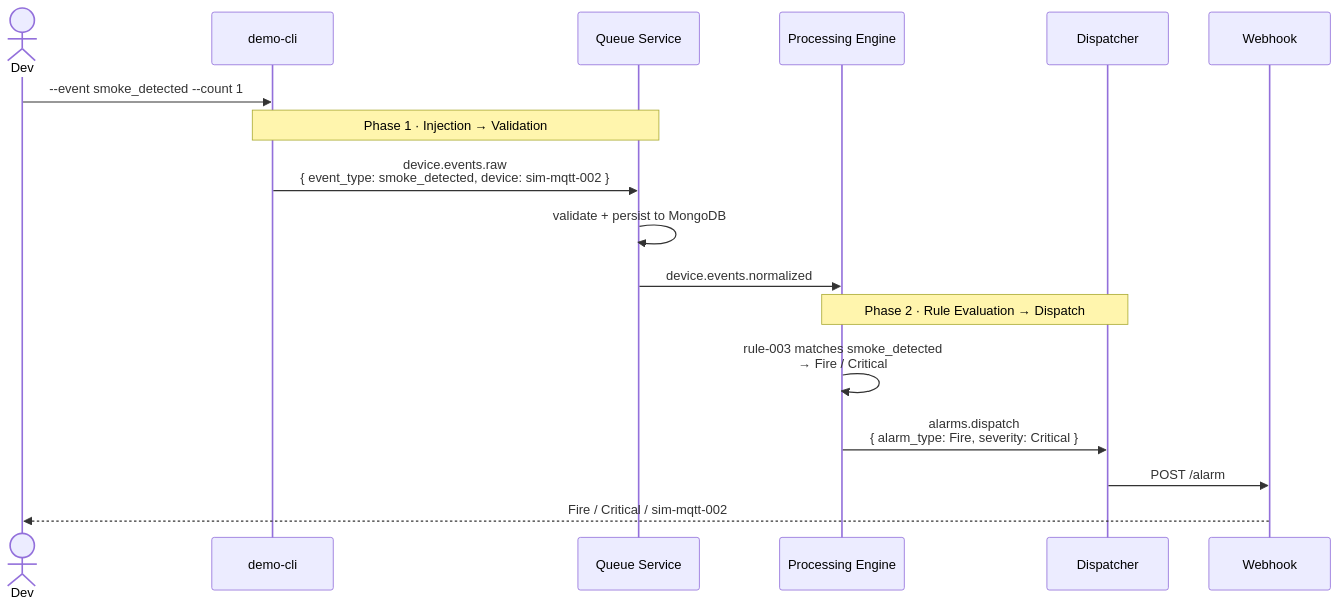
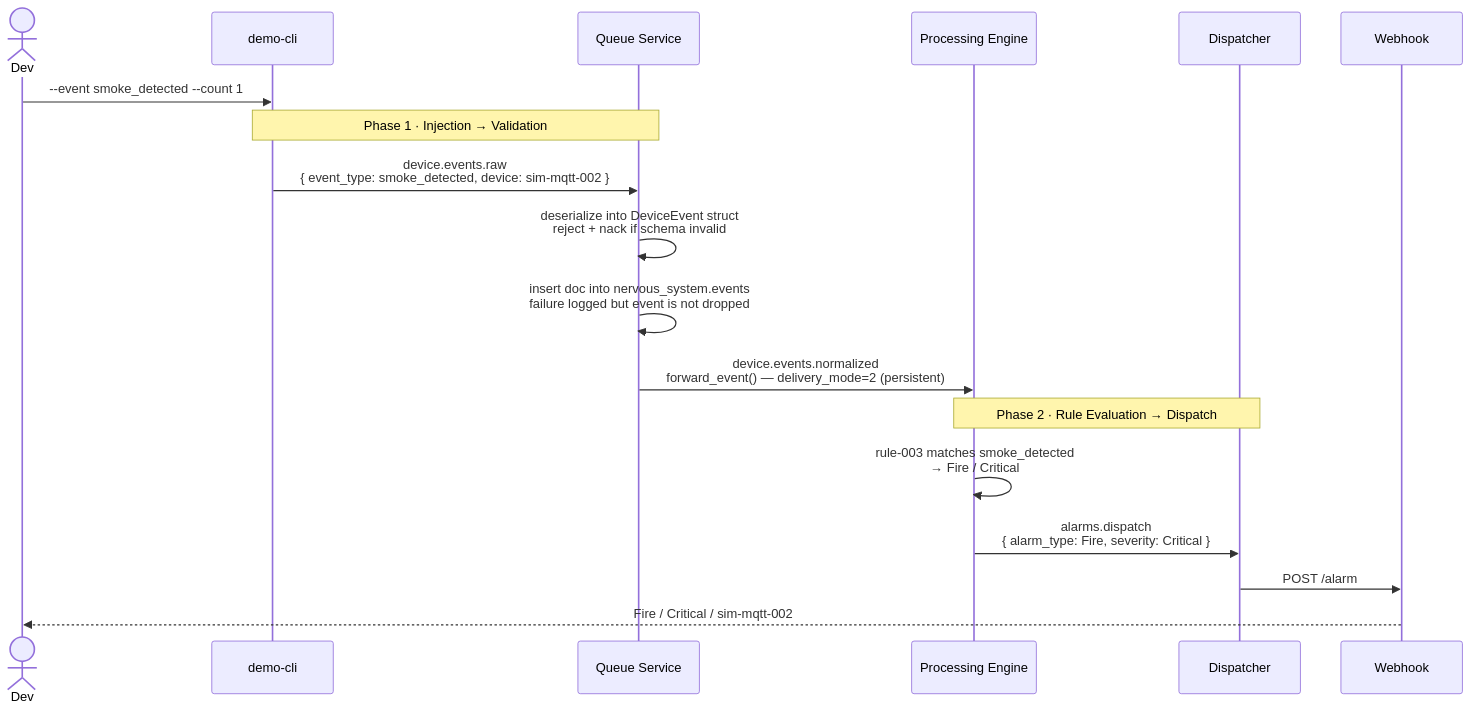
One commit to arosenfeld2003/qwasar-nervous-system changed the second of 2 diagrams in docs/flow.md. Above: the diagram before and after it, drawn with Mermaid. The commit also changed other lines of this file, not shown here.

First line of the commit message:
Expand republish step in flow diagram with code snippet and annotations

````diff
--- a/docs/flow.md
+++ b/docs/flow.md
@@ -38,24 +38,25 @@
 ```mermaid
 sequenceDiagram
     actor Dev
     participant CLI as demo-cli
     participant Q as Queue Service
     participant PE as Processing Engine
     participant D as Dispatcher
     participant WH as Webhook
 
     Dev->>CLI: --event smoke_detected --count 1
 
     Note over CLI,Q: Phase 1 · Injection → Validation
 
     CLI->>Q: device.events.raw<br/>{ event_type: smoke_detected, device: sim-mqtt-002 }
-    Q->>Q: validate + persist to MongoDB
-    Q->>PE: device.events.normalized
+    Q->>Q: deserialize into DeviceEvent struct<br/>reject + nack if schema invalid
+    Q->>Q: insert doc into nervous_system.events<br/>failure logged but event is not dropped
+    Q->>PE: device.events.normalized<br/>forward_event() — delivery_mode=2 (persistent)
 
     Note over PE,D: Phase 2 · Rule Evaluation → Dispatch
 
     PE->>PE: rule-003 matches smoke_detected<br/>→ Fire / Critical
     PE->>D: alarms.dispatch<br/>{ alarm_type: Fire, severity: Critical }
     D->>WH: POST /alarm
     WH-->>Dev: Fire / Critical / sim-mqtt-002
 ```
````
